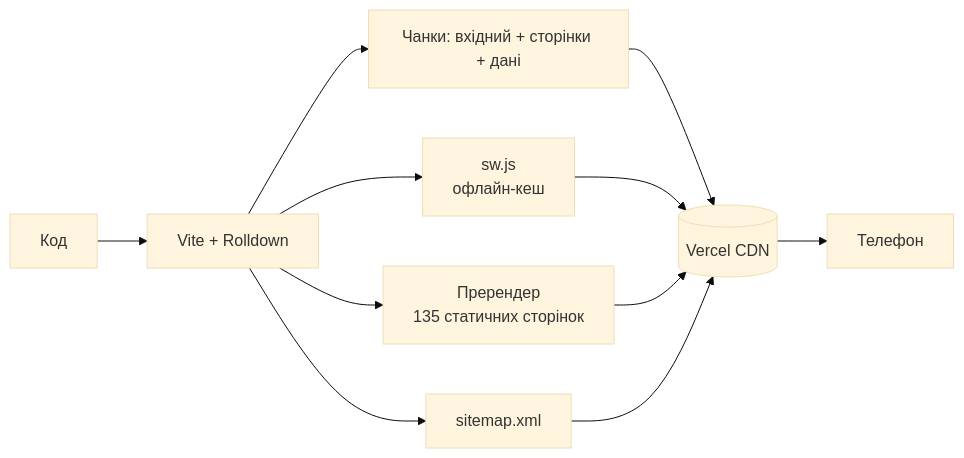
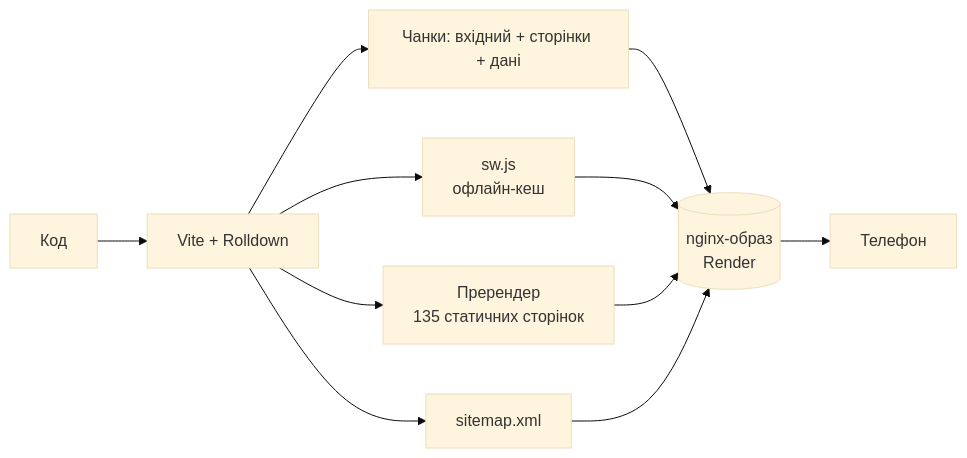
One commit to tsukanovSerhii/FitPulse changed the fourth of 4 diagrams in docs/architecture.md. Above: the diagram before and after it, drawn with Mermaid (base theme). The commit also changed 3 other files, not shown here.

````diff
--- a/docs/architecture.md
+++ b/docs/architecture.md
@@ -109,10 +109,10 @@
 ```mermaid
 flowchart LR
   src[Код] --> vite[Vite + Rolldown]
   vite --> chunks["Чанки: вхідний + сторінки + дані"]
   vite --> sw["sw.js<br/>офлайн-кеш"]
   vite --> pre["Пререндер<br/>135 статичних сторінок"]
   vite --> map[sitemap.xml]
-  chunks & sw & pre & map --> vercel[(Vercel CDN)]
-  vercel --> phone[Телефон]
+  chunks & sw & pre & map --> nginx[("nginx-образ<br/>Render")]
+  nginx --> phone[Телефон]
 ```
````
